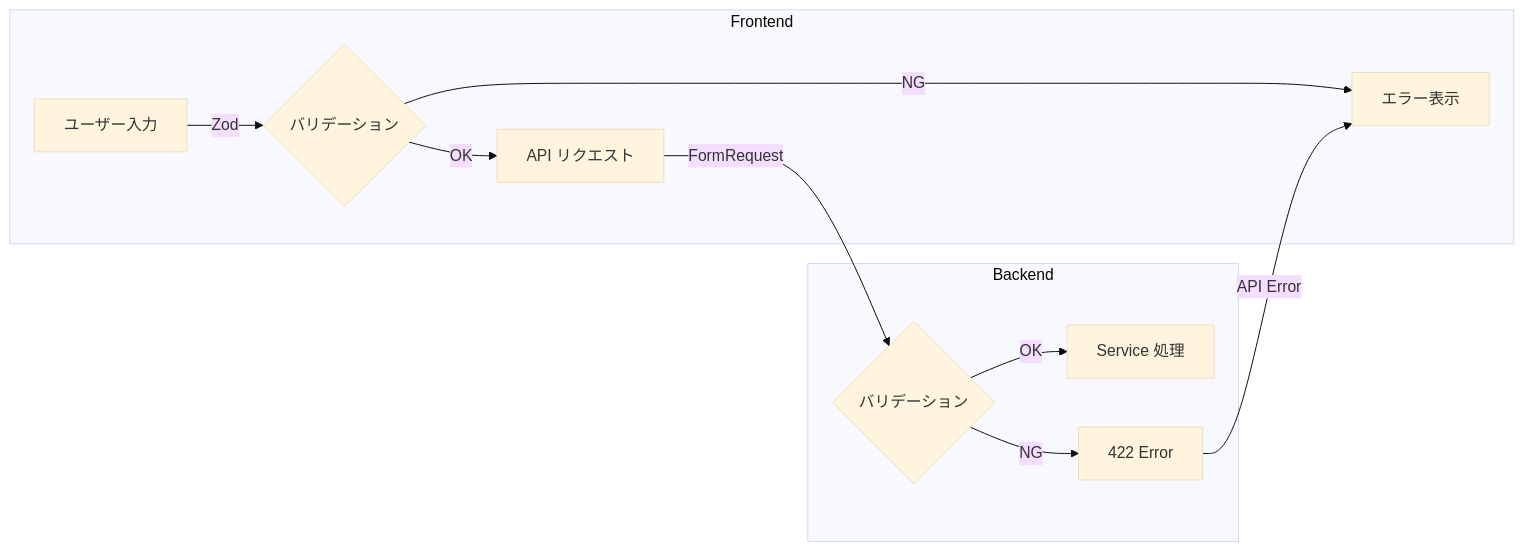
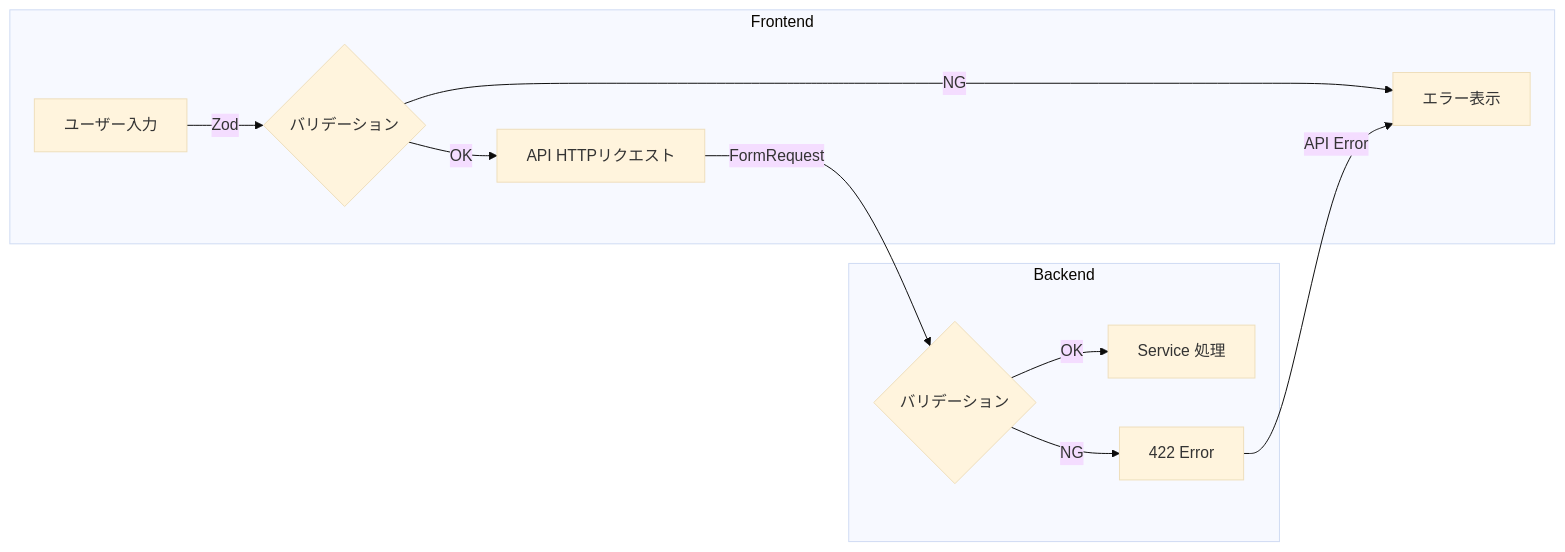
One commit to miyazakisora111/time-attendance changed the second of 2 diagrams in docs/dev/zod-schema-patterns.md. Above: the diagram before and after it, drawn with Mermaid (base theme). The commit also changed 88 other files, not shown here.

````diff
--- a/docs/dev/zod-schema-patterns.md
+++ b/docs/dev/zod-schema-patterns.md
@@ -75,16 +75,16 @@
 ```mermaid
 flowchart LR
     subgraph Frontend
         A[ユーザー入力] -->|Zod| B{バリデーション}
-        B -- OK --> C[API リクエスト]
+        B -- OK --> C[API HTTPリクエスト]
         B -- NG --> D[エラー表示]
     end
 
     subgraph Backend
         C -->|FormRequest| E{バリデーション}
         E -- OK --> F[Service 処理]
         E -- NG --> G["422 Error"]
     end
 
     G -->|API Error| D
 ```
````
